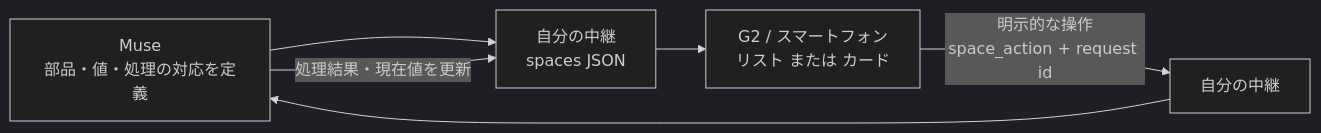
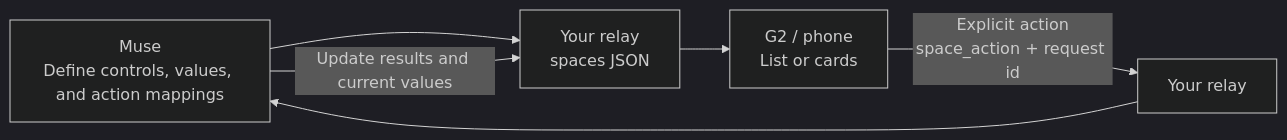
Before and after one commit to 3mintimer/muse-relay: the second of 3 diagrams in docs/spaces.md, drawn with Mermaid (dark theme). The commit also changed other lines of this file and 49 other files, not shown here.

````diff
--- a/docs/spaces.md
+++ b/docs/spaces.md
@@ -43,8 +45,8 @@
 ```mermaid
 flowchart LR
-  M["Muse\n部品・値・処理の対応を定義"] --> E["自分の中継\nspaces JSON"]
-  E --> L["G2 / スマートフォン\nリスト または カード"]
-  L -->|"明示的な操作\nspace_action + request id"| R["自分の中継"]
+  M["Muse\nDefine controls, values, and action mappings"] --> E["Your relay\nspaces JSON"]
+  E --> L["G2 / phone\nList or cards"]
+  L -->|"Explicit action\nspace_action + request id"| R[Your relay]
   R --> M
-  M -->|"処理結果・現在値を更新"| E
+  M -->|Update results and current values| E
 ```
````
